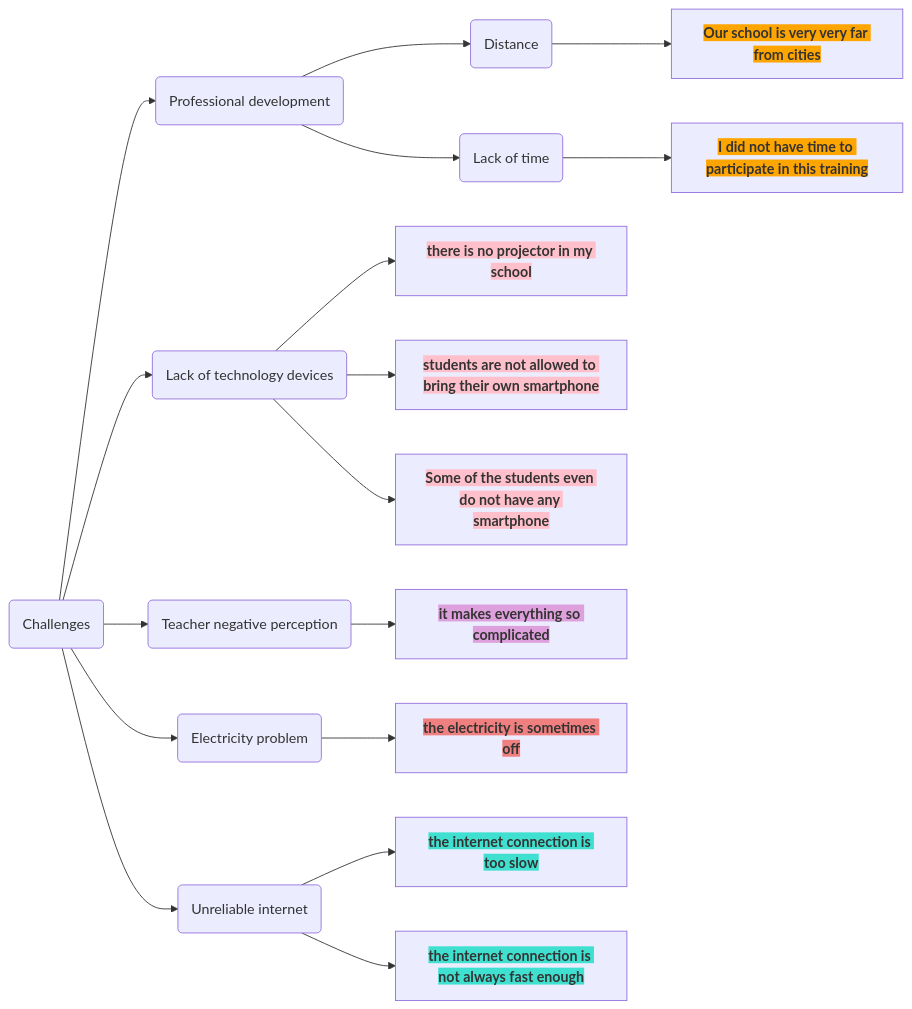
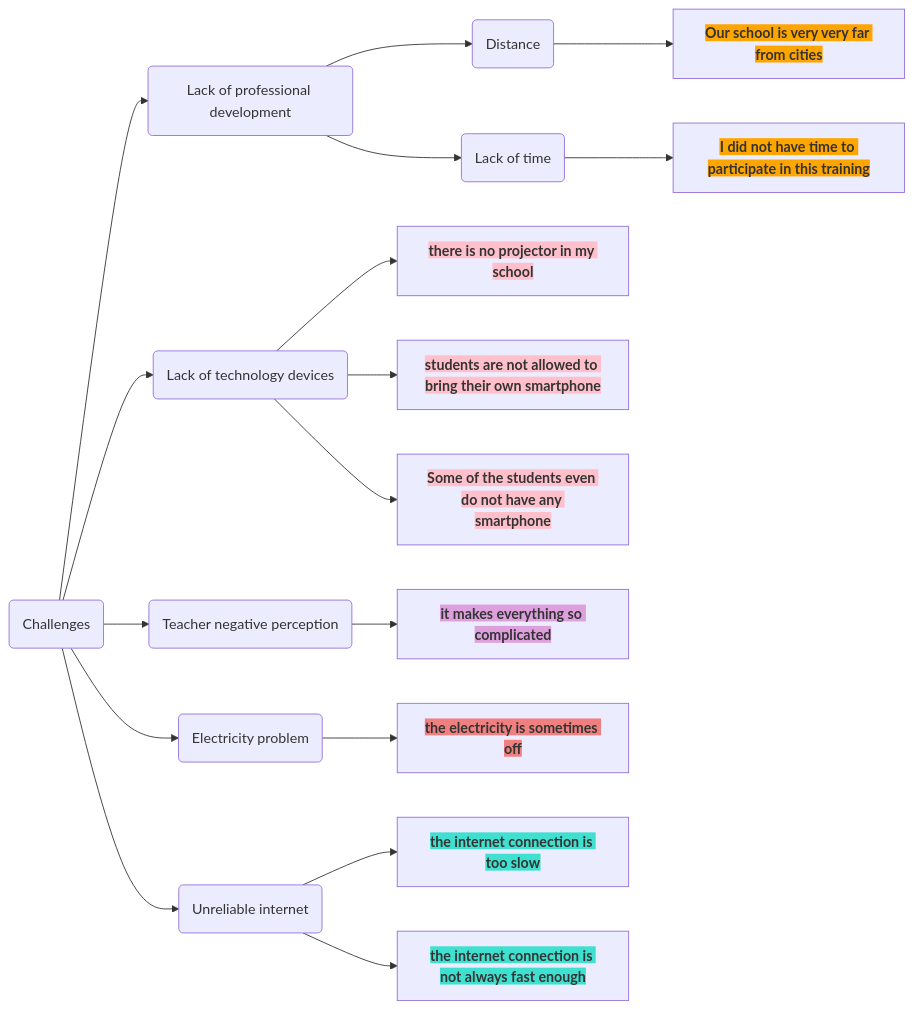
One commit to faisalmustafa/SLR changed the second of 3 diagrams in intro_coding.qmd. Above: the diagram before and after it, drawn with Mermaid. The commit also changed other lines of this file and 2 other files, not shown here.

````diff
--- a/intro_coding.qmd
+++ b/intro_coding.qmd
@@ -37,22 +37,22 @@
 ```{mermaid}
 
 flowchart LR
   A(Challenges)
-  A --> B(Professional development)
+  A --> B(Lack of professional development)
   B --> C(Distance)
   C --> D[<span style='background-color:orange; font-weight: bold'>Our school is very very far from cities</span>]
   B --> E(Lack of time)
   E --> F[<span style='background-color:orange; font-weight: bold'>I did not have time to participate in this training</span>]
   A --> G(Lack of technology devices)
   G --> H[<span style='background-color:pink; font-weight: bold'>there is no projector in my school</span>]
   G --> I[<span style='background-color:pink; font-weight: bold'>students are not allowed to bring their own smartphone</span>]
   G --> J[<span style='background-color:pink; font-weight: bold'>Some of the students even do not have any smartphone</span>]
   A --> K(Teacher negative perception)
   K --> L[<span style='background-color:plum; font-weight: bold'>it makes everything so complicated</span>]
   A --> M(Electricity problem)
   M --> N[<span style='background-color:LightCoral; font-weight: bold'>the electricity is sometimes off</span>]
   A --> O(Unreliable internet)
   O --> P[<span style='background-color:Turquoise; font-weight: bold'>the internet connection is too slow</span>]
   O --> Q[<span style='background-color:Turquoise; font-weight: bold'>the internet connection is not always fast enough</span>]
   
 ```
````
